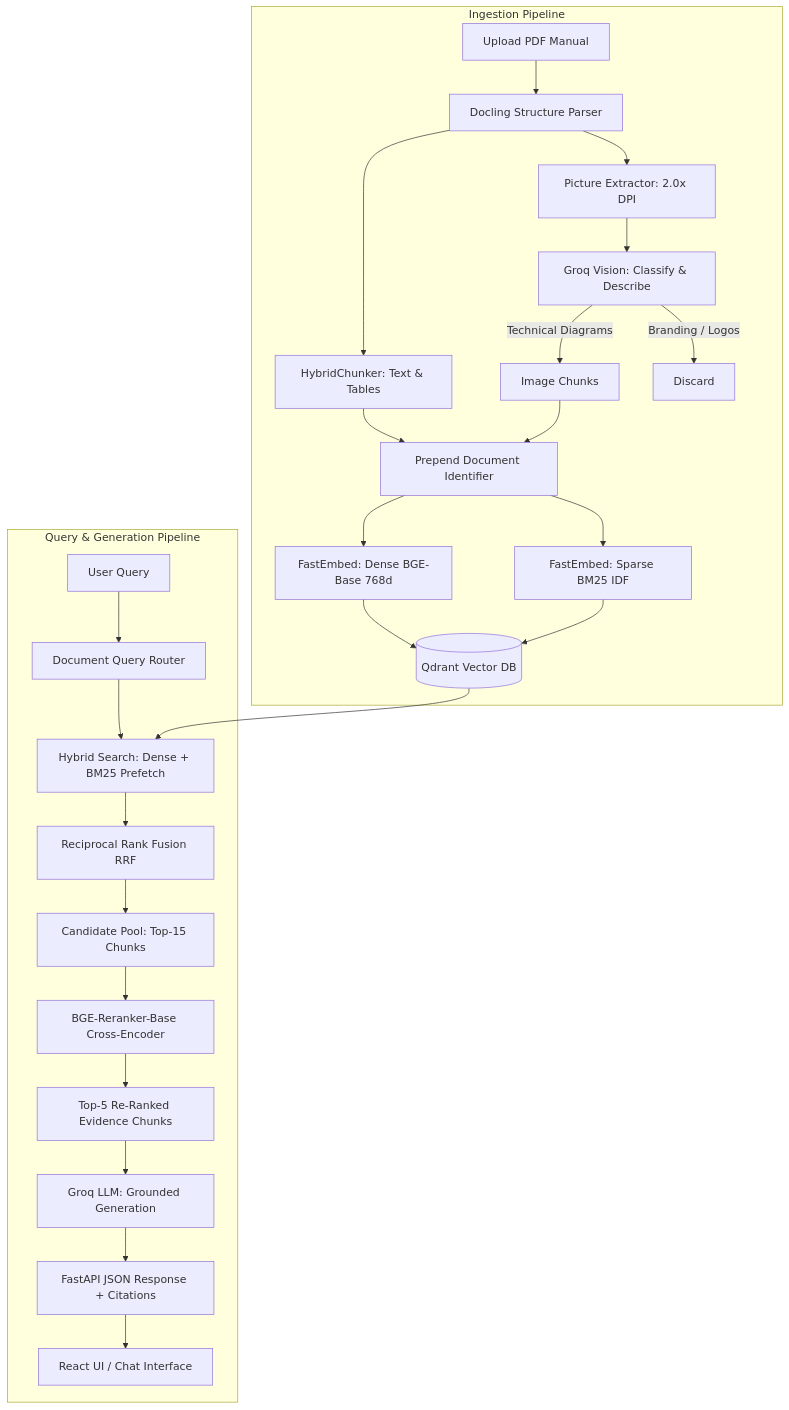
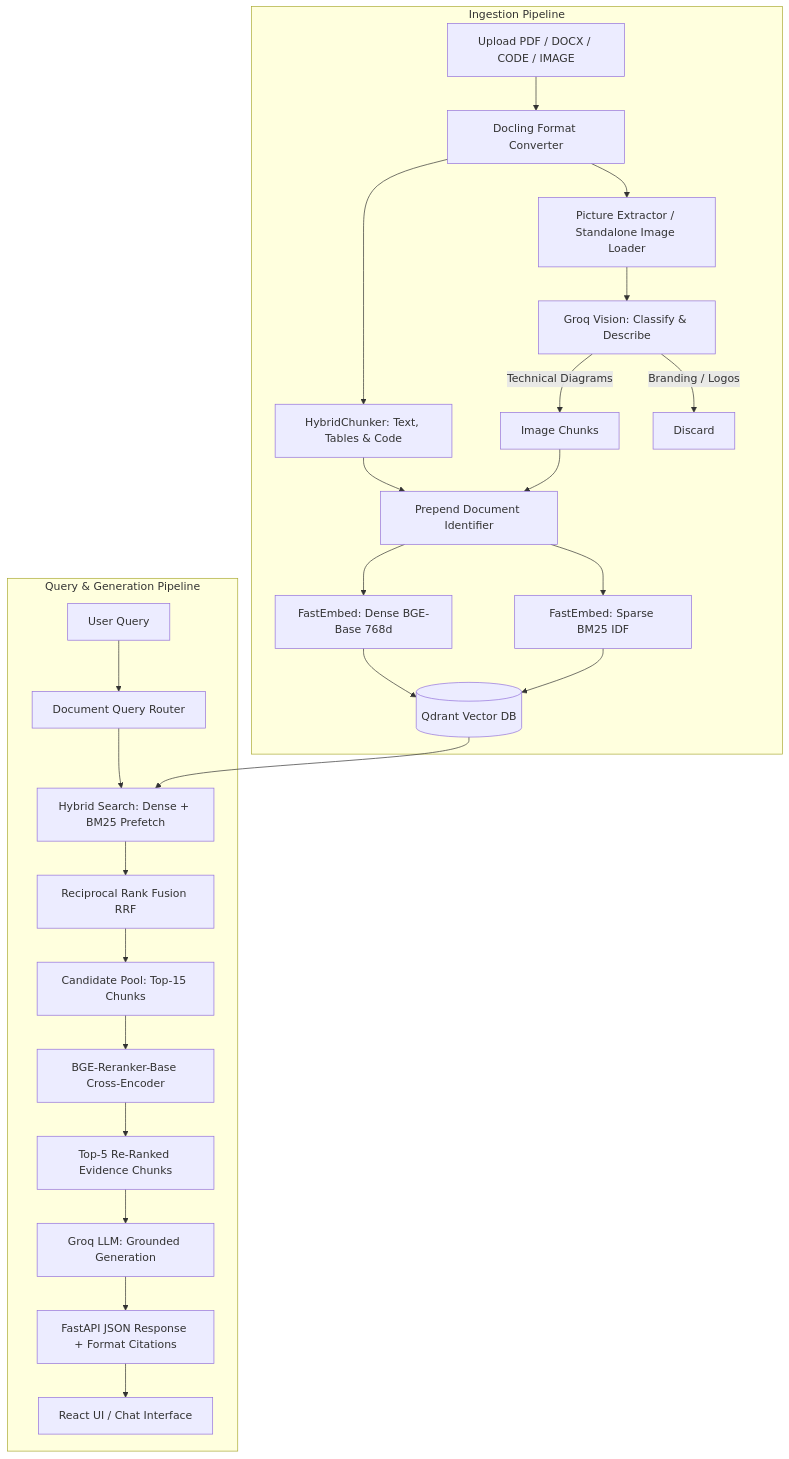
One commit to saikiran9346/Multimodal changed the diagram in README.md. Above: the diagram before and after it, drawn with Mermaid. The commit also changed other lines of this file, not shown here.

Commit message:
docs: update README.md with 25+ multi-format ingestion, tests folder structure, Groq vision updates, and remove section 19

````diff
--- a/README.md
+++ b/README.md
@@ -41,30 +42,30 @@
 ```mermaid
 graph TD
     subgraph Ingestion Pipeline
-        A[Upload PDF Manual] --> B[Docling Structure Parser]
-        B --> C[HybridChunker: Text & Tables]
-        B --> D[Picture Extractor: 2.0x DPI]
+        A[Upload PDF / DOCX / CODE / IMAGE] --> B[Docling Format Converter]
+        B --> C[HybridChunker: Text, Tables & Code]
+        B --> D[Picture Extractor / Standalone Image Loader]
         D --> E[Groq Vision: Classify & Describe]
         E -- Technical Diagrams --> F[Image Chunks]
         E -- Branding / Logos --> G[Discard]
         C --> H[Prepend Document Identifier]
         F --> H
         H --> I[FastEmbed: Dense BGE-Base 768d]
         H --> J[FastEmbed: Sparse BM25 IDF]
         I --> K[(Qdrant Vector DB)]
         J --> K
     end
 
     subgraph Query & Generation Pipeline
         L[User Query] --> M[Document Query Router]
         M --> N[Hybrid Search: Dense + BM25 Prefetch]
         K --> N
         N --> O[Reciprocal Rank Fusion RRF]
         O --> P[Candidate Pool: Top-15 Chunks]
         P --> Q[BGE-Reranker-Base Cross-Encoder]
         Q --> R[Top-5 Re-Ranked Evidence Chunks]
         R --> S[Groq LLM: Grounded Generation]
-        S --> T[FastAPI JSON Response + Citations]
+        S --> T[FastAPI JSON Response + Format Citations]
         T --> U[React UI / Chat Interface]
     end
 ```
````
